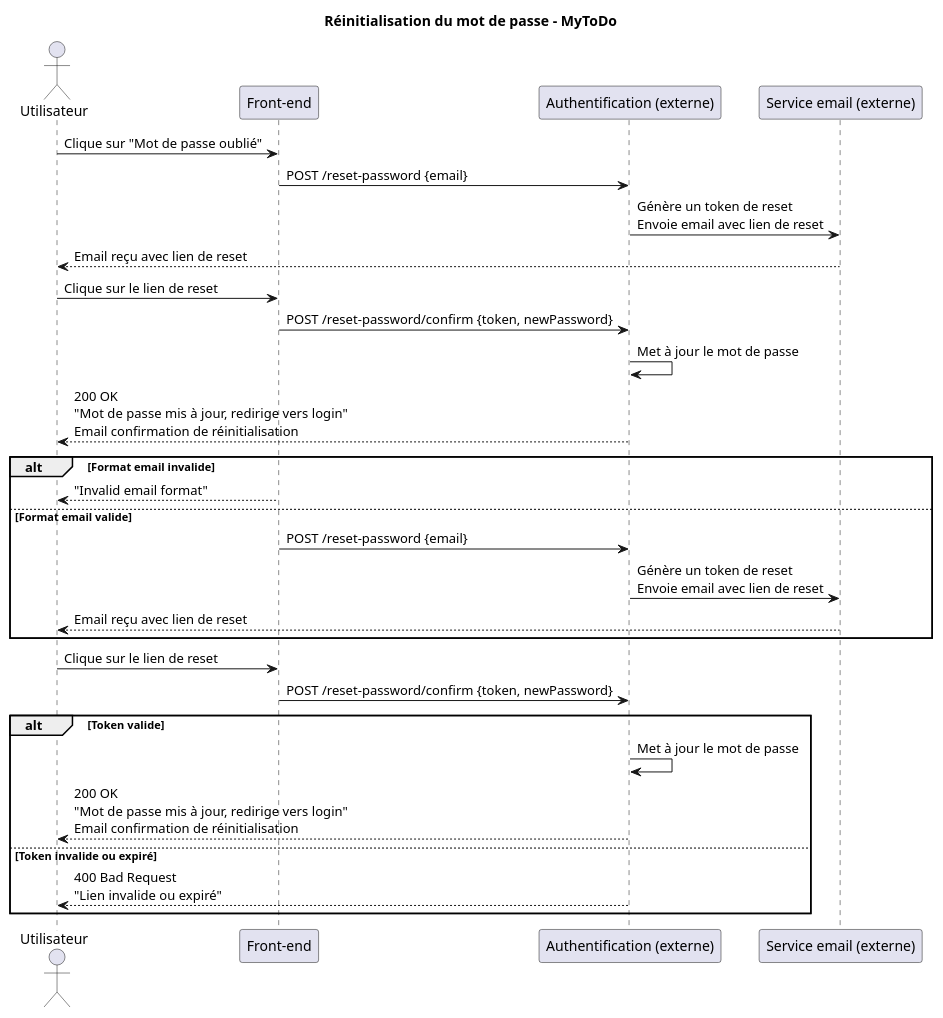
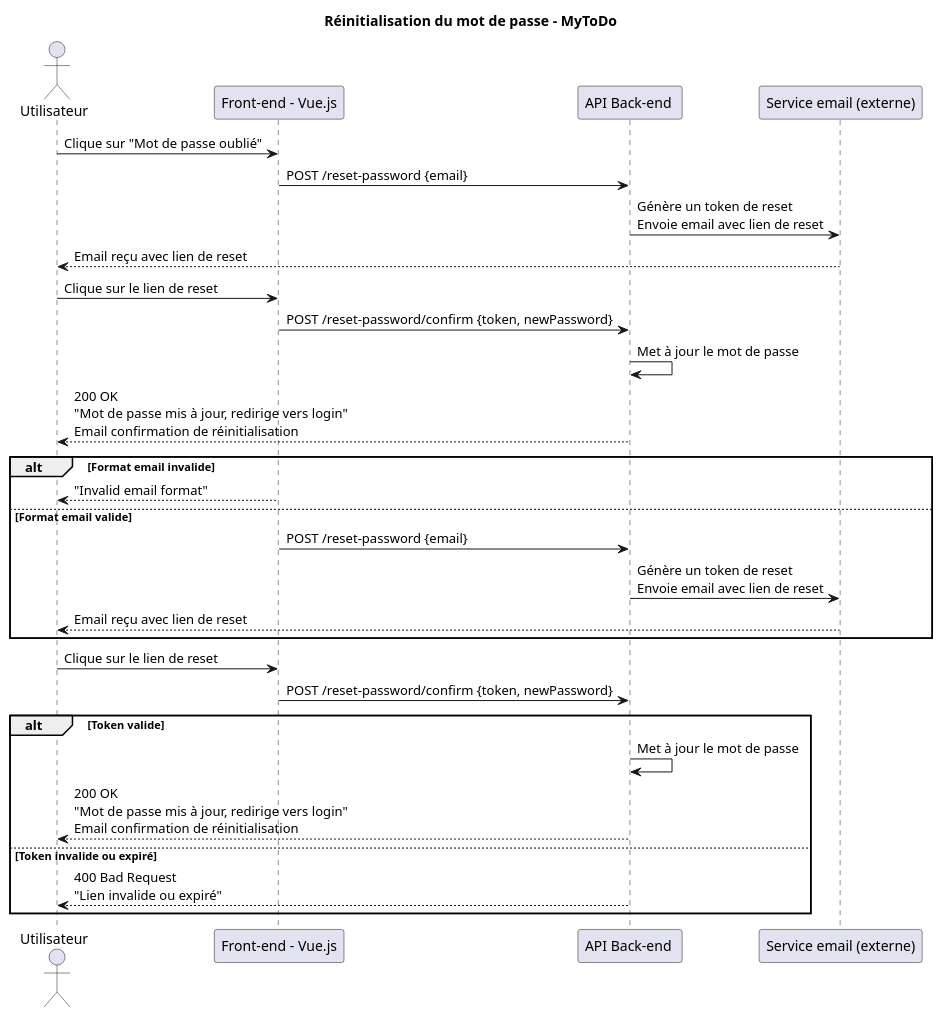
Before and after one commit to rdesfonds-campus/exercices_architecture: the diagram in jour 2/mot_de_passe.puml, drawn with PlantUML. The commit also changed 8 other files, not shown here.

```diff
--- a/jour 2/mot_de_passe.puml
+++ b/jour 2/mot_de_passe.puml
@@ -1,41 +1,39 @@
 @startuml
 title Réinitialisation du mot de passe - MyToDo
 
 actor Utilisateur
-participant "Front-end" as FE
-participant "Authentification (externe)" as Auth
+participant "Front-end - Vue.js" as FE
+participant "API Back-end " as Auth
 participant "Service email (externe)" as Mail
 
 Utilisateur -> FE : Clique sur "Mot de passe oublié"
 
 FE -> Auth : POST /reset-password {email}
 Auth -> Mail : Génère un token de reset\nEnvoie email avec lien de reset
 Mail --> Utilisateur : Email reçu avec lien de reset
 
 Utilisateur -> FE : Clique sur le lien de reset
 FE -> Auth : POST /reset-password/confirm {token, newPassword}
 Auth -> Auth : Met à jour le mot de passe
 Auth --> Utilisateur : 200 OK\n"Mot de passe mis à jour, redirige vers login"\nEmail confirmation de réinitialisation
 
 
 alt Format email invalide
   FE --> Utilisateur : "Invalid email format"
 else Format email valide
   FE -> Auth : POST /reset-password {email}
   Auth -> Mail : Génère un token de reset\nEnvoie email avec lien de reset
   Mail --> Utilisateur : Email reçu avec lien de reset
 end
 
 Utilisateur -> FE : Clique sur le lien de reset
 FE -> Auth : POST /reset-password/confirm {token, newPassword}
 
 alt Token valide
   Auth -> Auth : Met à jour le mot de passe
   Auth --> Utilisateur : 200 OK\n"Mot de passe mis à jour, redirige vers login"\nEmail confirmation de réinitialisation
 else Token invalide ou expiré
   Auth --> Utilisateur : 400 Bad Request\n"Lien invalide ou expiré"
 end
 
-
-
 @enduml
```
